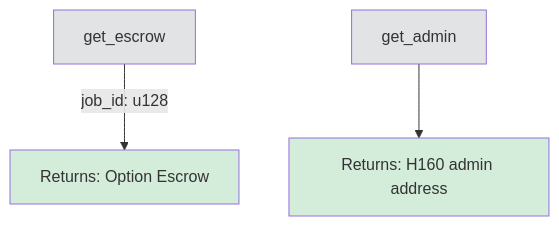
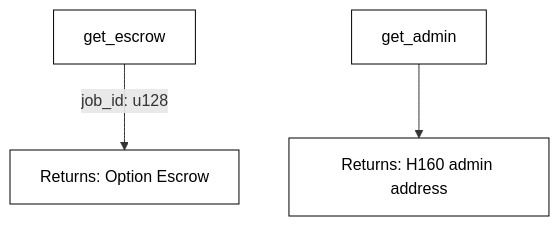
The eighth of 13 diagrams in payment_escrow/README.md (PolkaMesh/PolkaMesh-Contracts), drawn with Mermaid before and after one commit. The commit also changed other lines of this file and 4 other files, not shown here.

````diff
--- a/payment_escrow/README.md
+++ b/payment_escrow/README.md
@@ -200,10 +200,10 @@
 ```mermaid
 graph TB
     A[get_escrow] -->|job_id: u128| A1[Returns: Option Escrow]
     B[get_admin] --> B1[Returns: H160 admin address]
 
-    style A fill:#e2e3e5
-    style B fill:#e2e3e5
-    style A1 fill:#d4edda
-    style B1 fill:#d4edda
+    style A fill:#ffffff,stroke:#000000,color:#000000
+    style B fill:#ffffff,stroke:#000000,color:#000000
+    style A1 fill:#ffffff,stroke:#000000,color:#000000
+    style B1 fill:#ffffff,stroke:#000000,color:#000000
 ```
````
